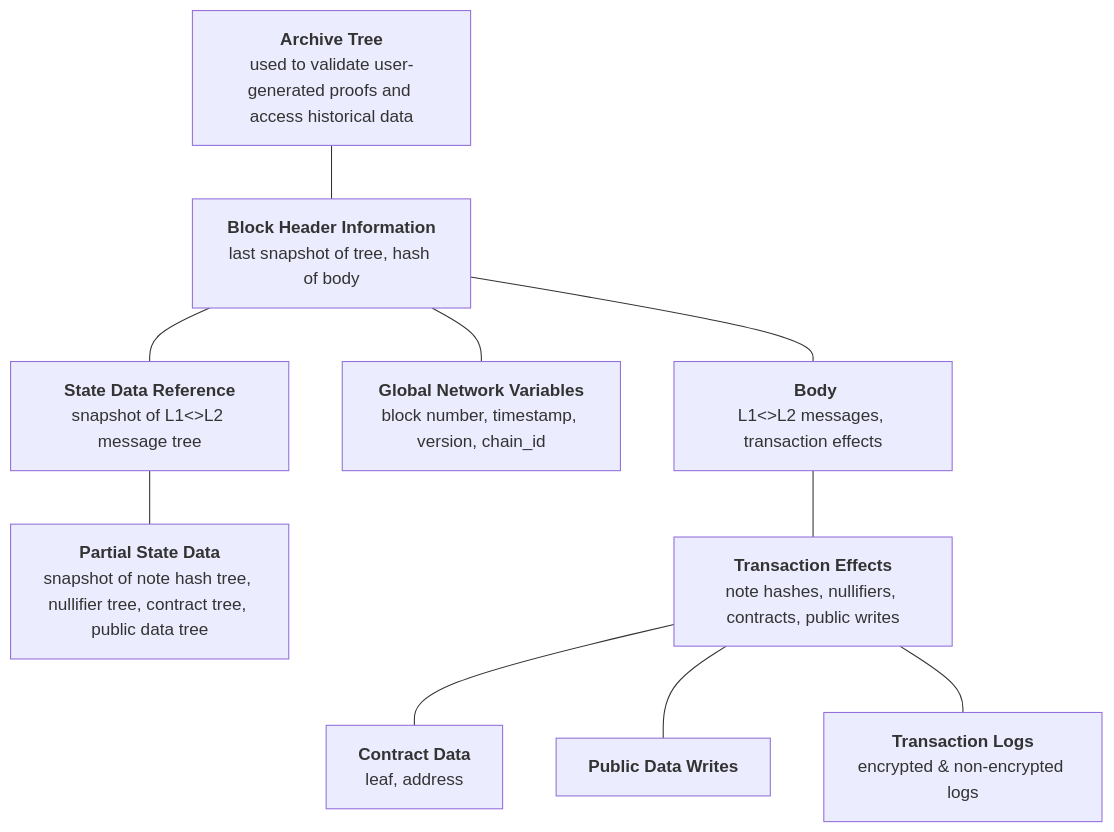
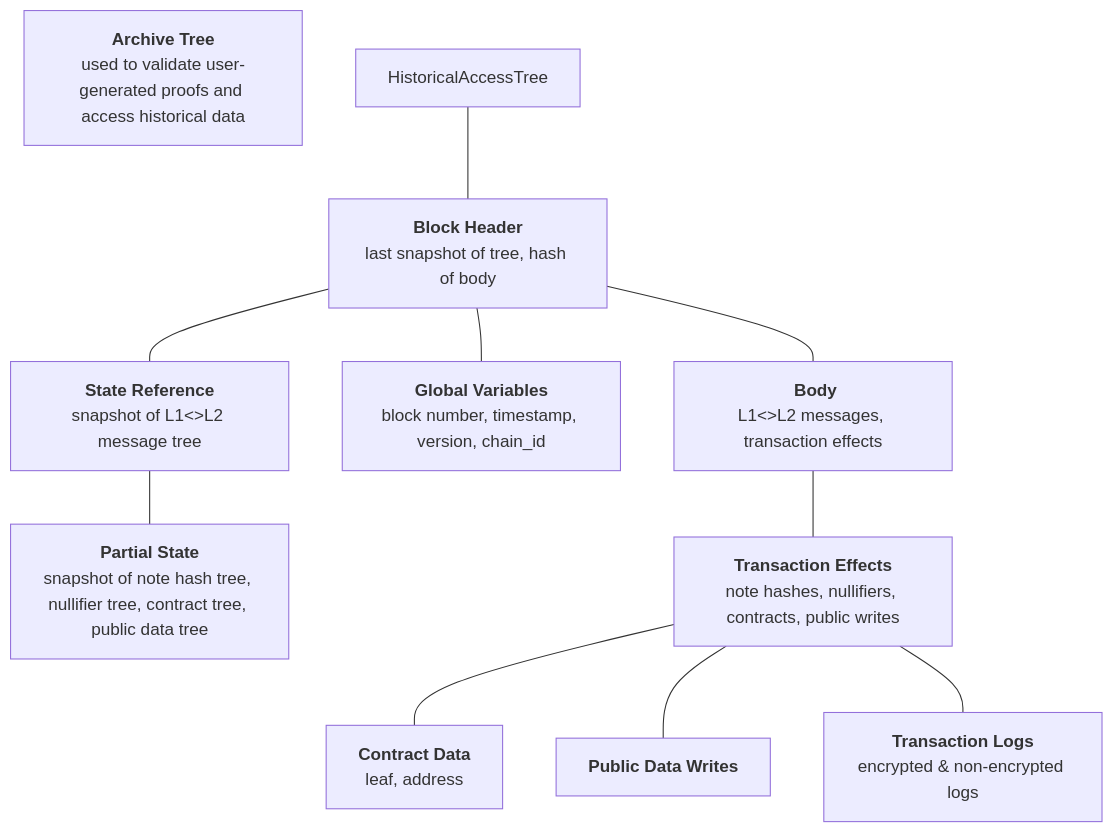
Before and after one commit to AztecProtocol/aztec-packages: the second of 2 diagrams in docs/docs/concepts/advanced/data_structures/trees.md, drawn with Mermaid. The commit also changed other lines of this file and 2 other files, not shown here.

Commit message:
Apply suggestions from code review

````diff
--- a/docs/docs/concepts/advanced/data_structures/trees.md
+++ b/docs/docs/concepts/advanced/data_structures/trees.md
@@ -188,25 +188,25 @@
 ```mermaid
 graph TD;
 
-PartialStateReference[<b>Partial State Data</b><br>snapshot of note hash tree, nullifier tree, contract tree, public data tree]
-StateReference[<b>State Data Reference</b><br>snapshot of L1<>L2 message tree]
-GlobalVariables[<b>Global Network Variables</b><br>block number, timestamp, version, chain_id]
-Header[<b>Block Header Information</b><br>last snapshot of tree, hash of body]
+PartialStateReference[<b>Partial State</b><br>snapshot of note hash tree, nullifier tree, contract tree, public data tree]
+StateReference[<b>State Reference</b><br>snapshot of L1<>L2 message tree]
+GlobalVariables[<b>Global Variables</b><br>block number, timestamp, version, chain_id]
+Header[<b>Block Header</b><br>last snapshot of tree, hash of body]
 Logs[<b>Transaction Logs</b><br>encrypted & non-encrypted logs]
 PublicDataWrite[<b>Public Data Writes</b><br>]
 ContractData[<b>Contract Data</b><br>leaf, address]
 TxEffect[<b>Transaction Effects</b><br>note hashes, nullifiers, contracts, public writes]
 Body[<b> Body</b><br>L1<>L2 messages, transaction effects]
-HistoricalAccessTree[<b>Archive Tree</b><br>used to validate user-generated proofs and access historical data]
+ArchiveTree[<b>Archive Tree</b><br>used to validate user-generated proofs and access historical data]
 
 StateReference --- PartialStateReference
 Header --- Body
 Header --- StateReference
 Header --- GlobalVariables
 TxEffect --- ContractData
 TxEffect --- PublicDataWrite
 TxEffect --- Logs
 Body --- TxEffect
 HistoricalAccessTree --- Header
 
 ```
````
